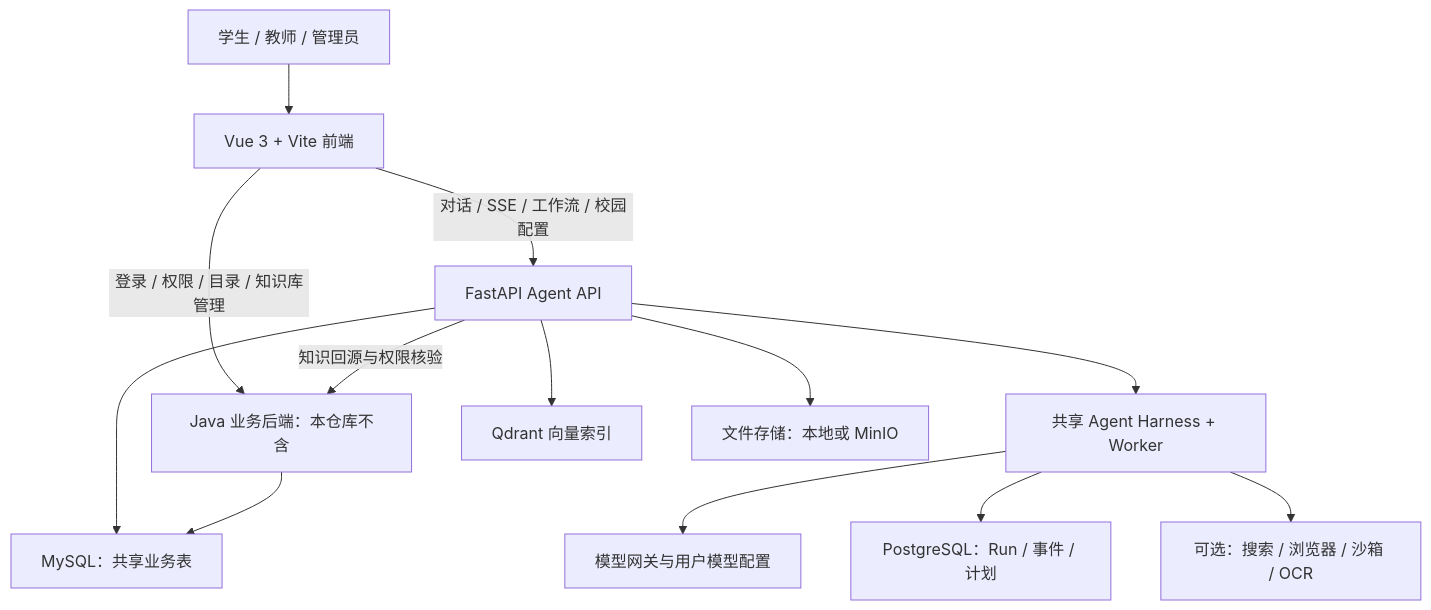
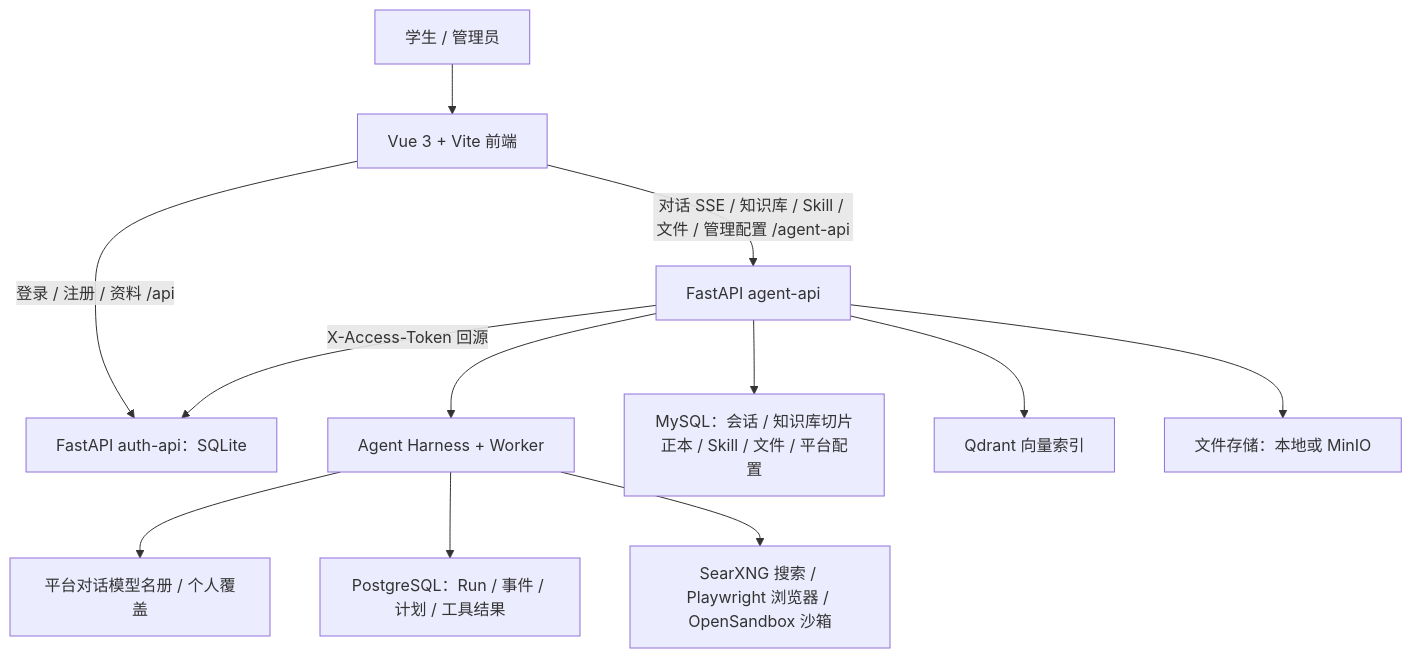
One commit to lwxiaoye/Axiom changed the diagram in docs/AXIOM-项目拆解与复用路线.md. Above: the diagram before and after it, drawn with Mermaid. The commit also changed other lines of this file and 14 other files, not shown here.

````diff
--- a/docs/AXIOM-项目拆解与复用路线.md
+++ b/docs/AXIOM-项目拆解与复用路线.md
@@ -18,15 +13,14 @@
 ```mermaid
 flowchart TD
-  U[学生 / 教师 / 管理员] --> V[Vue 3 + Vite 前端]
-  V -->|登录 / 权限 / 目录 / 知识库管理| J[Java 业务后端：本仓库不含]
-  V -->|对话 / SSE / 工作流 / 校园配置| P[FastAPI Agent API]
-  P --> H[共享 Agent Harness + Worker]
-  H --> M[模型网关与用户模型配置]
-  H --> R[PostgreSQL：Run / 事件 / 计划]
-  P --> B[MySQL：共享业务表]
-  J --> B
-  P -->|知识回源与权限核验| J
+  U[学生 / 管理员] --> V[Vue 3 + Vite 前端]
+  V -->|登录 / 注册 / 资料 /api| A[FastAPI auth-api：SQLite]
+  V -->|对话 SSE / 知识库 / Skill / 文件 / 管理配置 /agent-api| P[FastAPI agent-api]
+  P -->|X-Access-Token 回源| A
+  P --> H[Agent Harness + Worker]
+  H --> M[平台对话模型名册 / 个人覆盖]
+  H --> R[PostgreSQL：Run / 事件 / 计划 / 工具结果]
+  P --> B[MySQL：会话 / 知识库切片正本 / Skill / 文件 / 平台配置]
   P --> Q[Qdrant 向量索引]
   P --> F[文件存储：本地或 MinIO]
-  H --> O[可选：搜索 / 浏览器 / 沙箱 / OCR]
+  H --> O[SearXNG 搜索 / Playwright 浏览器 / OpenSandbox 沙箱]
 ```
````
